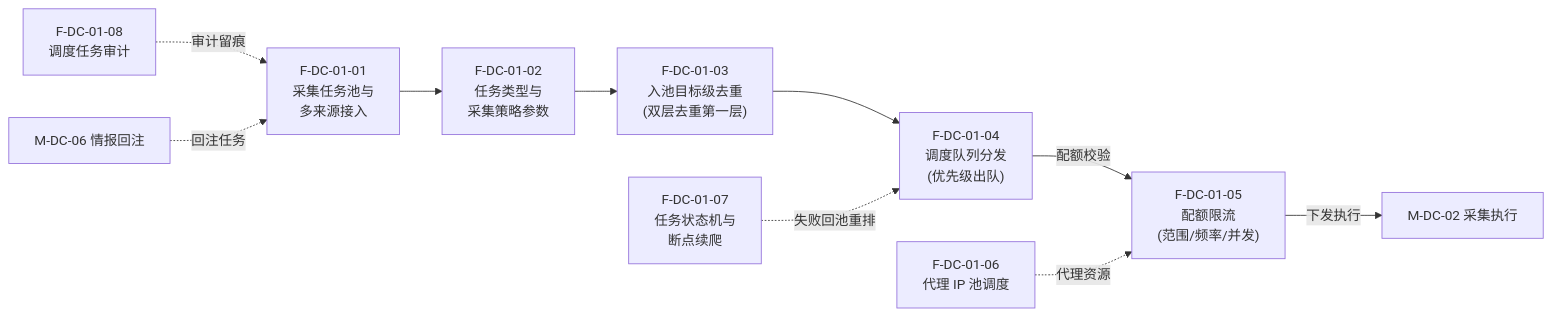
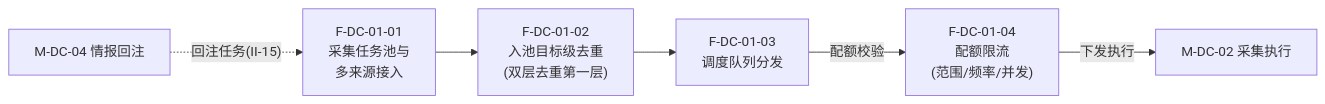
The third of 45 diagrams in 公司项目/认知作战/文档/软件概要设计-架构图.md (Sj-g/obsidian), drawn with Mermaid before and after one commit. The commit also changed other lines of this file and 4 other files, not shown here.

````diff
--- a/公司项目/认知作战/文档/软件概要设计-架构图.md
+++ b/公司项目/认知作战/文档/软件概要设计-架构图.md
@@ -107,19 +99,12 @@
 ```mermaid
 flowchart LR
     F0101["F-DC-01-01<br/>采集任务池与<br/>多来源接入"]
-    F0102["F-DC-01-02<br/>任务类型与<br/>采集策略参数"]
-    F0103["F-DC-01-03<br/>入池目标级去重<br/>(双层去重第一层)"]
-    F0104["F-DC-01-04<br/>调度队列分发<br/>(优先级出队)"]
-    F0105["F-DC-01-05<br/>配额限流<br/>(范围/频率/并发)"]
-    F0106["F-DC-01-06<br/>代理 IP 池调度"]
-    F0107["F-DC-01-07<br/>任务状态机与<br/>断点续爬"]
-    F0108["F-DC-01-08<br/>调度任务审计"]
+    F0102["F-DC-01-02<br/>入池目标级去重<br/>(双层去重第一层)"]
+    F0103["F-DC-01-03<br/>调度队列分发"]
+    F0104["F-DC-01-04<br/>配额限流<br/>(范围/频率/并发)"]
 
-    F0101 --> F0102 --> F0103 --> F0104
-    F0104 -->|"配额校验"| F0105
-    F0105 -->|"下发执行"| EXT["M-DC-02 采集执行"]
-    F0106 -.->|"代理资源"| F0105
-    F0107 -.->|"失败回池重排"| F0104
-    F0108 -.->|"审计留痕"| F0101
-    EXT2["M-DC-06 情报回注"] -.->|"回注任务"| F0101
+    F0101 --> F0102 --> F0103
+    F0103 -->|"配额校验"| F0104
+    F0104 -->|"下发执行"| EXT["M-DC-02 采集执行"]
+    EXT2["M-DC-04 情报回注"] -.->|"回注任务(II-15)"| F0101
 ```
````
